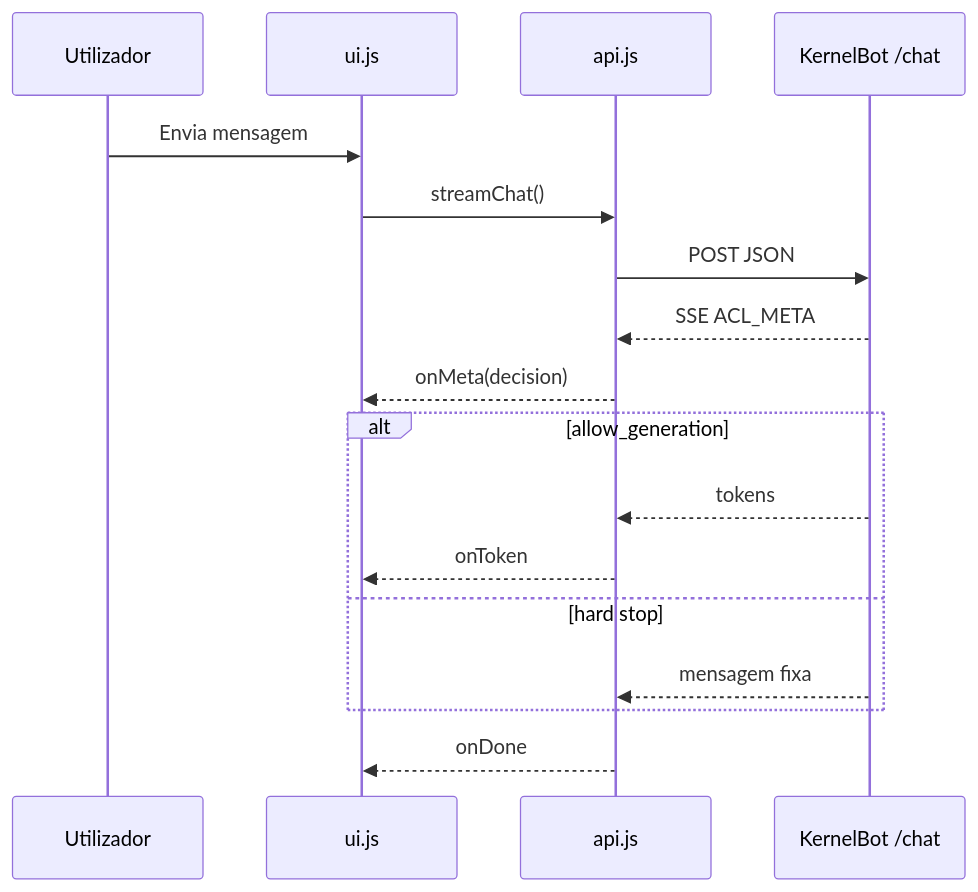
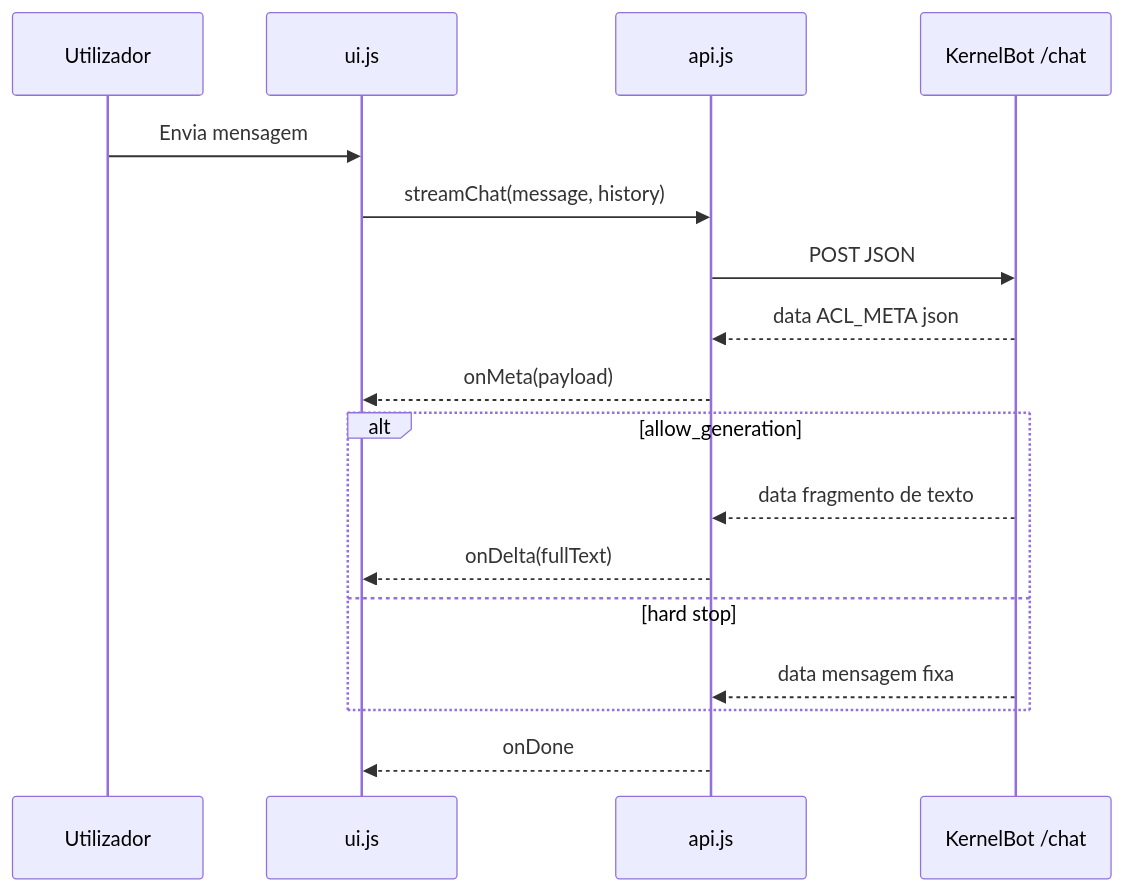
The diagram in docs/wiki/08-frontend-ui.md (GaabDevWeb/KernelBot), drawn with Mermaid before and after one commit. The commit also changed other lines of this file and 28 other files, not shown here.

First line of the commit message:
feat: implement conversation history management and enhance chat API

````diff
--- a/docs/wiki/08-frontend-ui.md
+++ b/docs/wiki/08-frontend-ui.md
@@ -17,19 +17,19 @@
 ```mermaid
 sequenceDiagram
   participant U as Utilizador
   participant UI as ui.js
   participant API as api.js
   participant S as KernelBot /chat
   U->>UI: Envia mensagem
-  UI->>API: streamChat()
+  UI->>API: streamChat(message, history)
   API->>S: POST JSON
-  S-->>API: SSE ACL_META
-  API-->>UI: onMeta(decision)
+  S-->>API: data ACL_META json
+  API-->>UI: onMeta(payload)
   alt allow_generation
-    S-->>API: tokens
-    API-->>UI: onToken
+    S-->>API: data fragmento de texto
+    API-->>UI: onDelta(fullText)
   else hard stop
-    S-->>API: mensagem fixa
+    S-->>API: data mensagem fixa
   end
   API-->>UI: onDone
 ```
````
